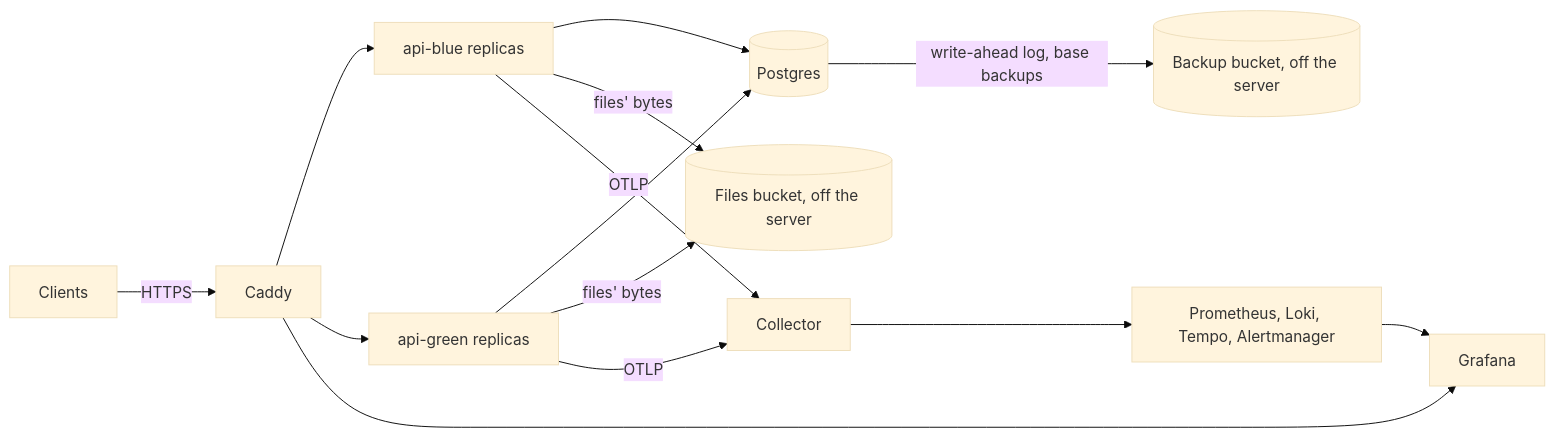
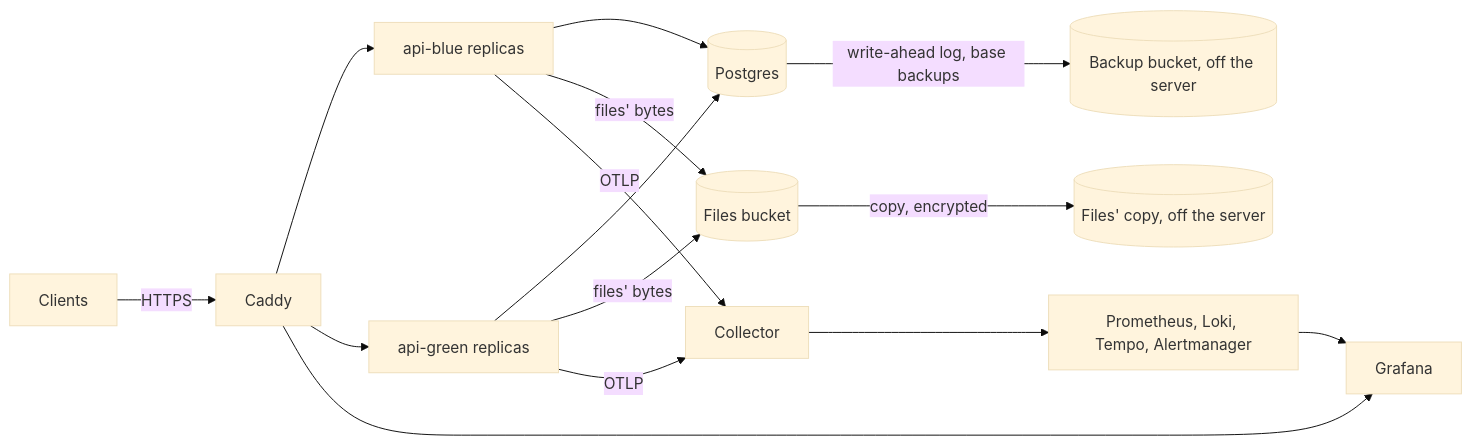
Before and after one commit to Grebyn35/AntWorker-API-Rust: the diagram in docs/operations/deploy.md, drawn with Mermaid (base theme). The commit also changed other lines of this file and 63 other files, not shown here.

First line of the commit message:
Build the bundled files bucket, its encrypted copy and restore-files (D98 to D101)

````diff
--- a/docs/operations/deploy.md
+++ b/docs/operations/deploy.md
@@ -7,12 +7,13 @@
 ```mermaid
 flowchart LR
   client[Clients] -- HTTPS --> caddy[Caddy]
   caddy --> blue[api-blue replicas] & green[api-green replicas]
   caddy --> grafana[Grafana]
   blue & green --> postgres[(Postgres)]
-  blue & green -- files' bytes --> files[(Files bucket, off the server)]
+  blue & green -- files' bytes --> files[(Files bucket)]
+  files -- copy, encrypted --> copy[(Files' copy, off the server)]
   postgres -- write-ahead log, base backups --> bucket[(Backup bucket, off the server)]
   blue & green -- OTLP --> collector[Collector]
   collector --> stack[Prometheus, Loki, Tempo, Alertmanager]
   stack --> grafana
 ```
````
